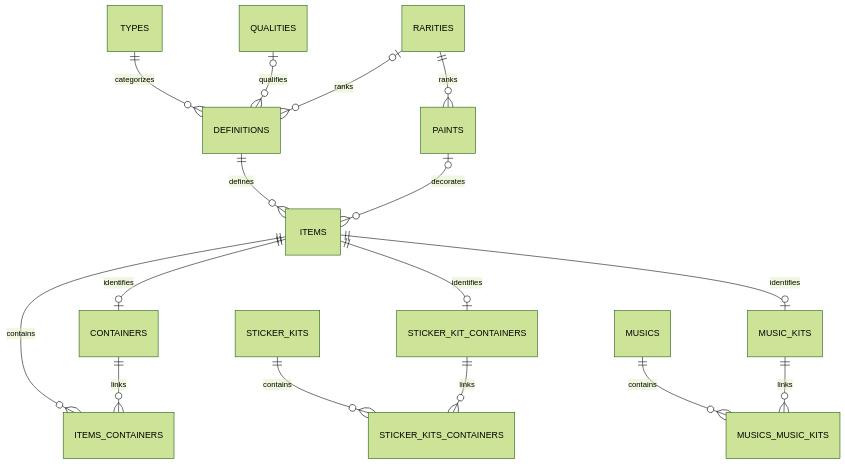
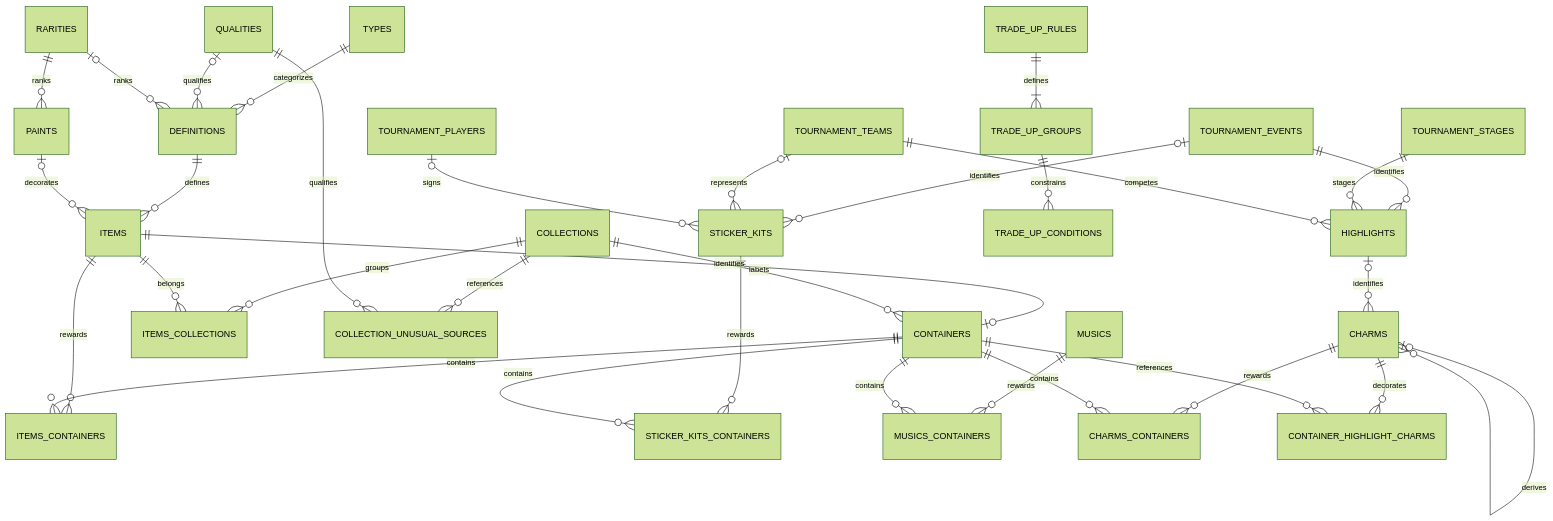
The second of 2 diagrams in README.md (somespecialone/cs2-items-schema), drawn with Mermaid (forest theme) before and after one commit. The commit also changed other lines of this file and 10 other files, not shown here.

Commit message:
refactor(schema): include previously missed data

````diff
--- a/README.md
+++ b/README.md
@@ -41,18 +118,35 @@
 ```mermaid
 erDiagram
     TYPES ||--o{ DEFINITIONS : categorizes
     QUALITIES o|--o{ DEFINITIONS : qualifies
     RARITIES o|--o{ DEFINITIONS : ranks
     RARITIES ||--o{ PAINTS : ranks
     DEFINITIONS ||--o{ ITEMS : defines
     PAINTS o|--o{ ITEMS : decorates
     ITEMS ||--o| CONTAINERS : identifies
-    ITEMS ||--o| STICKER_KIT_CONTAINERS : identifies
-    ITEMS ||--o| MUSIC_KITS : identifies
-    ITEMS ||--o{ ITEMS_CONTAINERS : contains
-    CONTAINERS ||--o{ ITEMS_CONTAINERS : links
-    STICKER_KITS ||--o{ STICKER_KITS_CONTAINERS : contains
-    STICKER_KIT_CONTAINERS ||--o{ STICKER_KITS_CONTAINERS : links
-    MUSICS ||--o{ MUSICS_MUSIC_KITS : contains
-    MUSIC_KITS ||--o{ MUSICS_MUSIC_KITS : links
+    COLLECTIONS ||--o{ ITEMS_COLLECTIONS : groups
+    ITEMS ||--o{ ITEMS_COLLECTIONS : belongs
+    COLLECTIONS ||--o{ CONTAINERS : labels
+    COLLECTIONS ||--o{ COLLECTION_UNUSUAL_SOURCES : references
+    QUALITIES ||--o{ COLLECTION_UNUSUAL_SOURCES : qualifies
+    ITEMS ||--o{ ITEMS_CONTAINERS : rewards
+    CONTAINERS ||--o{ ITEMS_CONTAINERS : contains
+    STICKER_KITS ||--o{ STICKER_KITS_CONTAINERS : rewards
+    CONTAINERS ||--o{ STICKER_KITS_CONTAINERS : contains
+    MUSICS ||--o{ MUSICS_CONTAINERS : rewards
+    CONTAINERS ||--o{ MUSICS_CONTAINERS : contains
+    CHARMS ||--o{ CHARMS_CONTAINERS : rewards
+    CONTAINERS ||--o{ CHARMS_CONTAINERS : contains
+    CHARMS ||--o{ CONTAINER_HIGHLIGHT_CHARMS : decorates
+    CONTAINERS ||--o{ CONTAINER_HIGHLIGHT_CHARMS : references
+    CHARMS o|--o{ CHARMS : derives
+    HIGHLIGHTS o|--o{ CHARMS : identifies
+    TOURNAMENT_EVENTS ||--o{ HIGHLIGHTS : identifies
+    TOURNAMENT_STAGES ||--o{ HIGHLIGHTS : stages
+    TOURNAMENT_TEAMS ||--o{ HIGHLIGHTS : competes
+    TOURNAMENT_EVENTS o|--o{ STICKER_KITS : identifies
+    TOURNAMENT_TEAMS o|--o{ STICKER_KITS : represents
+    TOURNAMENT_PLAYERS o|--o{ STICKER_KITS : signs
+    TRADE_UP_RULES ||--|{ TRADE_UP_GROUPS : defines
+    TRADE_UP_GROUPS ||--o{ TRADE_UP_CONDITIONS : constrains
 ```
````
